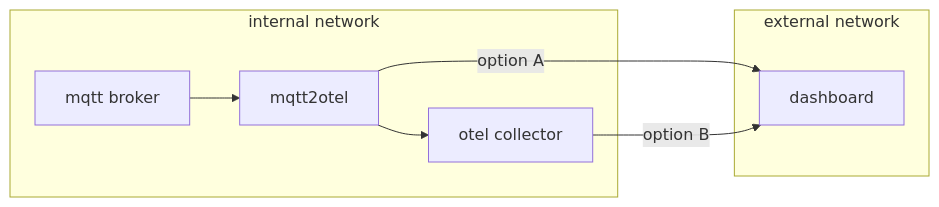
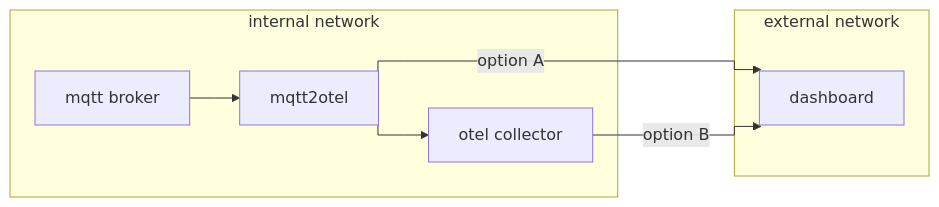
Before and after one commit to OSgAgA/mqtt2otel: the third of 4 diagrams in docs/content/_index.md, drawn with Mermaid. The commit also changed other lines of this file and 6 other files, not shown here.

Commit message:
Improved  mermaid rendering and added copy button to code fences.

````diff
--- a/docs/content/_index.md
+++ b/docs/content/_index.md
@@ -94,16 +106,21 @@
 ```mermaid
+---
+config:
+  flowchart:
+    curve: stepBefore
+---
 flowchart LR
   subgraph internal network
     mqttBroker[mqtt broker]
     mqtt2otel
     otelCollector[otel collector]
   end
   subgraph external network
     otelCollectorTarget[dashboard]
   end
 
   mqttBroker --> mqtt2otel
   mqtt2otel -->|option A| otelCollectorTarget
   mqtt2otel --> otelCollector
   otelCollector -->|option B| otelCollectorTarget
 ```
````
